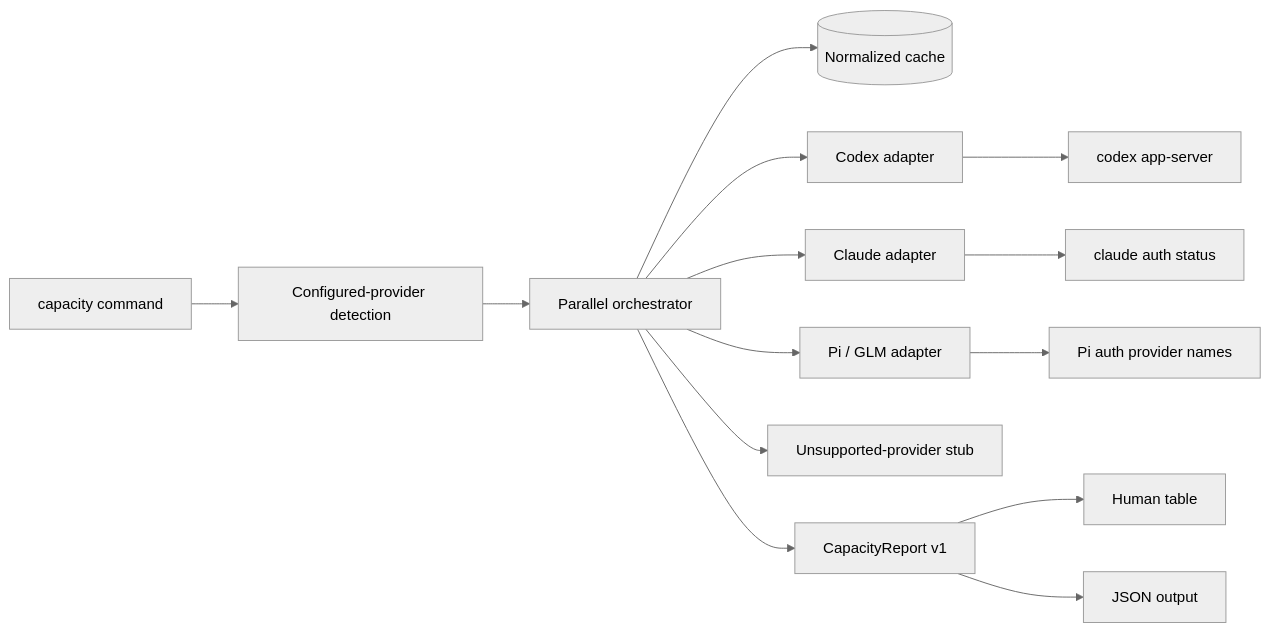
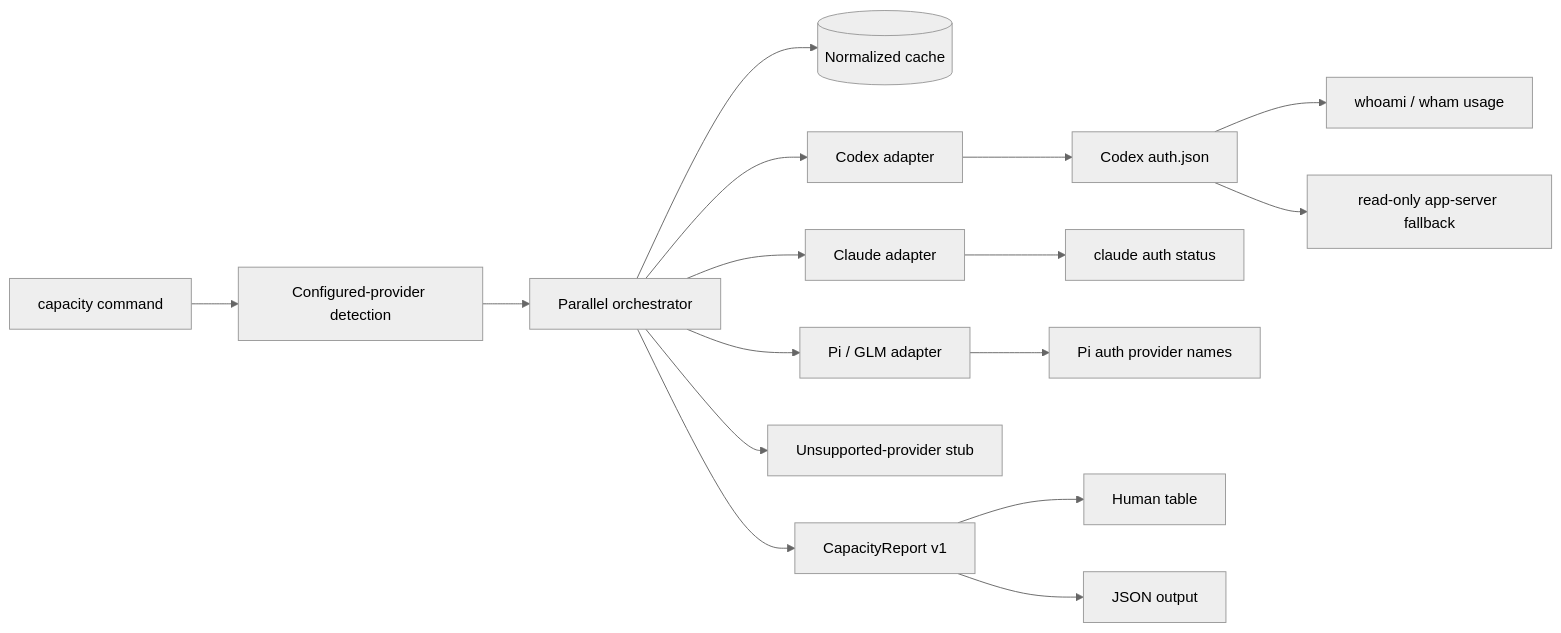
Before and after one commit to codeaholicguy/ai-devkit: the first of 2 diagrams in docs/ai/design/2026-08-09-feature-capacity-command.md, drawn with Mermaid (neutral theme). The commit also changed other lines of this file and 4 other files, not shown here.

````diff
--- a/docs/ai/design/2026-08-09-feature-capacity-command.md
+++ b/docs/ai/design/2026-08-09-feature-capacity-command.md
@@ -11,16 +11,18 @@
 ```mermaid
 flowchart LR
   CLI[capacity command] --> Detect[Configured-provider detection]
   Detect --> Orchestrator[Parallel orchestrator]
   Orchestrator --> Cache[(Normalized cache)]
   Orchestrator --> Codex[Codex adapter]
   Orchestrator --> Claude[Claude adapter]
   Orchestrator --> Pi[Pi / GLM adapter]
   Orchestrator --> Stub[Unsupported-provider stub]
-  Codex --> AppServer[codex app-server]
+  Codex --> AuthFile[Codex auth.json]
+  AuthFile --> UsageAPI[whoami / wham usage]
+  AuthFile --> AppServer[read-only app-server fallback]
   Claude --> AuthStatus[claude auth status]
   Pi --> PiAuth[Pi auth provider names]
   Orchestrator --> Report[CapacityReport v1]
   Report --> Human[Human table]
   Report --> JSON[JSON output]
 ```
````
